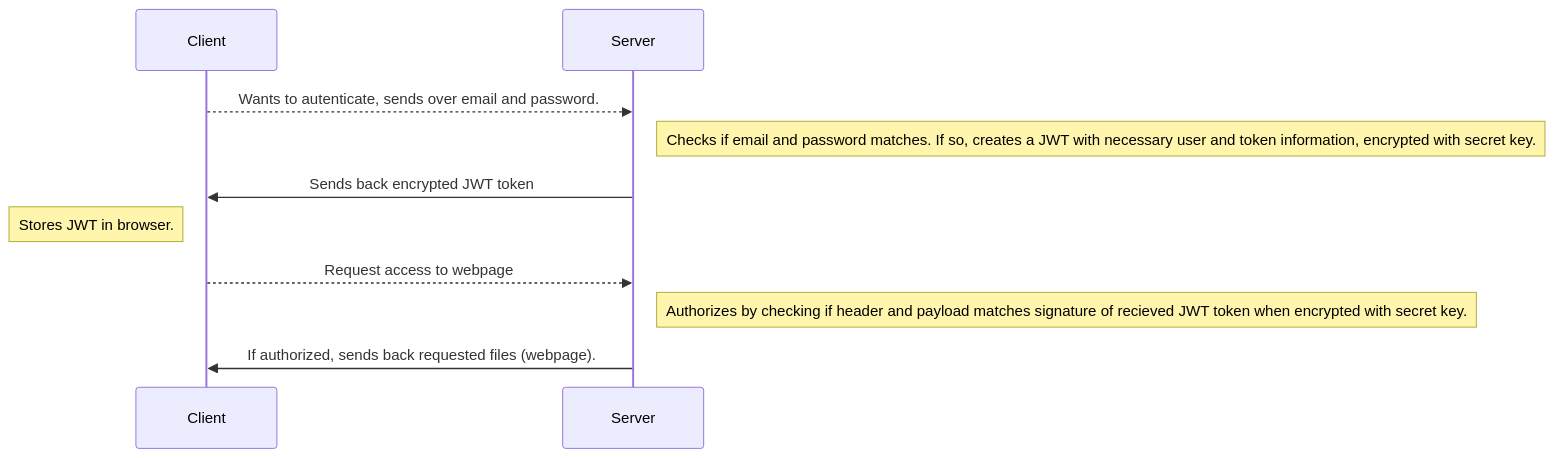
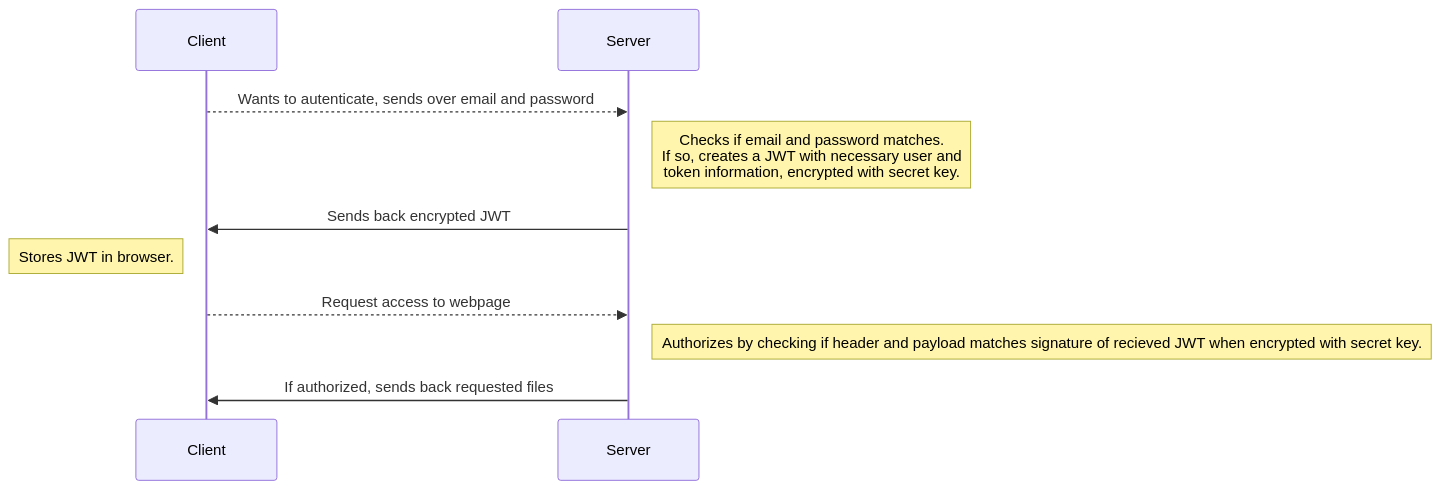
The first of 4 diagrams in README.md (AnnaToll/user-stories), drawn with Mermaid before and after one commit.

Commit message:
Sequence diagram - Added breaks in line to make more readable

````diff
--- a/README.md
+++ b/README.md
@@ -3,11 +3,11 @@
 ```mermaid
 sequenceDiagram
-	Client-->>Server: Wants to autenticate, sends over email and password.
-	Note right of Server: Checks if email and password matches. If so, creates a JWT with necessary user and token information, encrypted with secret key.
-	Server->>Client: Sends back encrypted JWT token
+	Client-->>Server: Wants to autenticate, sends over email and password
+	Note right of Server: Checks if email and password matches.<br>If so, creates a JWT with necessary user and<br> token information, encrypted with secret key.
+	Server->>Client: Sends back encrypted JWT
 	Note left of Client: Stores JWT in browser.
 	Client-->>Server: Request access to webpage
-	Note right of Server: Authorizes by checking if header and payload matches signature of recieved JWT token when encrypted with secret key.
-	Server->>Client: If authorized, sends back requested files (webpage).
+	Note right of Server: Authorizes by checking if header and payload matches signature of recieved JWT when encrypted with secret key.
+	Server->>Client: If authorized, sends back requested files
 	
 ```
````
